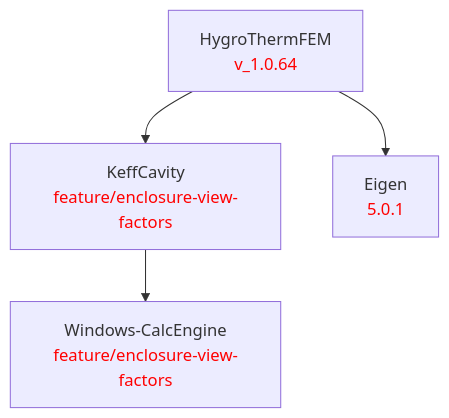
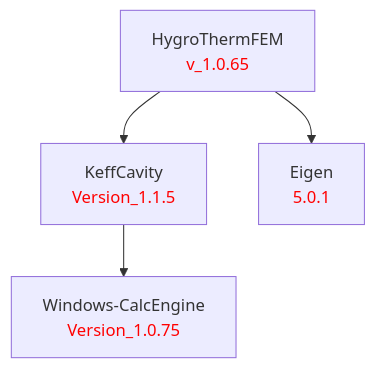
Before and after one commit to LBNL-ETA/HygroThermFEM: the diagram in doc/HygroThermFEM.md, drawn with Mermaid. The commit also changed 1 other file, not shown here.

Commit message:
Bump to v_1.0.65; KeffCavity feature/enclosure-view-factors -> Version_1.1.5

````diff
--- a/doc/HygroThermFEM.md
+++ b/doc/HygroThermFEM.md
@@ -1,13 +1,13 @@
 ```mermaid
 graph TD
     %% Package definitions
-    HygroThermFEM[HygroThermFEM<br/><font color='red'>v_1.0.64</font>]
-    KeffCavity[KeffCavity<br/><font color='red'>feature/enclosure-view-factors</font>]
+    HygroThermFEM[HygroThermFEM<br/><font color='red'>v_1.0.65</font>]
+    KeffCavity[KeffCavity<br/><font color='red'>Version_1.1.5</font>]
     Eigen[Eigen<br/><font color='red'>5.0.1</font>]
-    WindowsCalcEngine[Windows-CalcEngine<br/><font color='red'>feature/enclosure-view-factors</font>]
+    WindowsCalcEngine[Windows-CalcEngine<br/><font color='red'>Version_1.0.75</font>]
 
     %% Package relations
     HygroThermFEM --> KeffCavity
     HygroThermFEM --> Eigen
     KeffCavity --> WindowsCalcEngine
 ```
````
